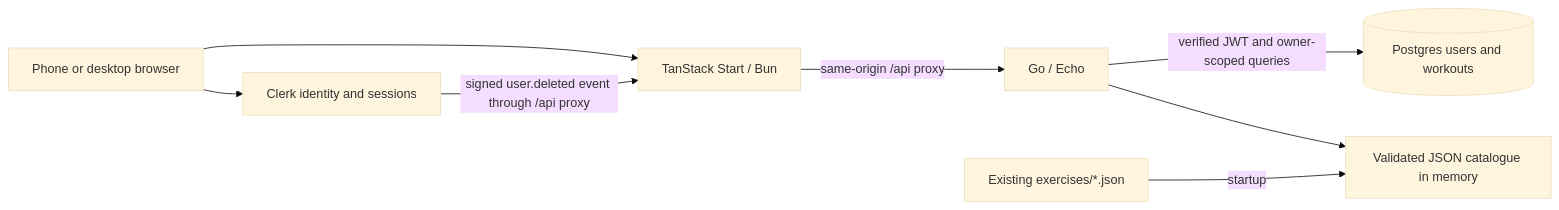
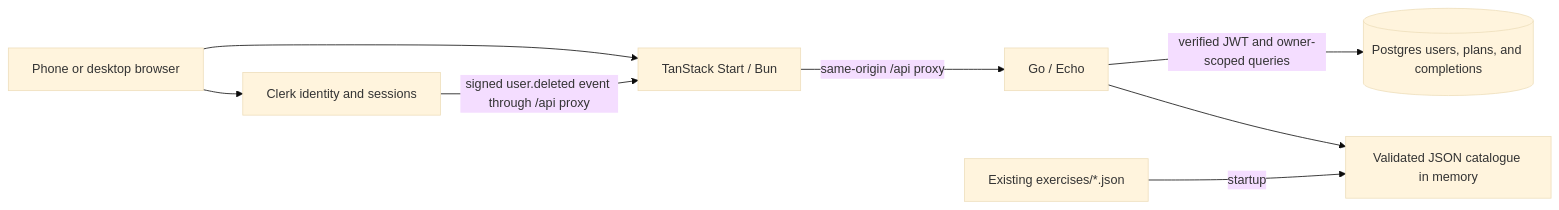
Before and after one commit to epicchewy/endorphins: the diagram in docs/architecture.md, drawn with Mermaid (base theme). The commit also changed other lines of this file and 112 other files, not shown here.

````diff
--- a/docs/architecture.md
+++ b/docs/architecture.md
@@ -13,10 +13,10 @@
 ```mermaid
 flowchart LR
   Browser[Phone or desktop browser] --> Web[TanStack Start / Bun]
   Web -->|same-origin /api proxy| API[Go / Echo]
   Browser --> Clerk[Clerk identity and sessions]
-  API -->|verified JWT and owner-scoped queries| Postgres[(Postgres users and workouts)]
+  API -->|verified JWT and owner-scoped queries| Postgres[(Postgres users, plans, and completions)]
   Clerk -->|signed user.deleted event through /api proxy| Web
   API --> Catalogue[Validated JSON catalogue in memory]
   Files[Existing exercises/*.json] -->|startup| Catalogue
 ```
````
